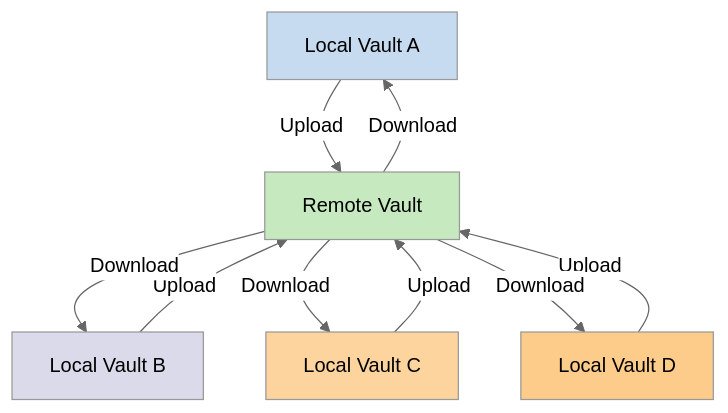
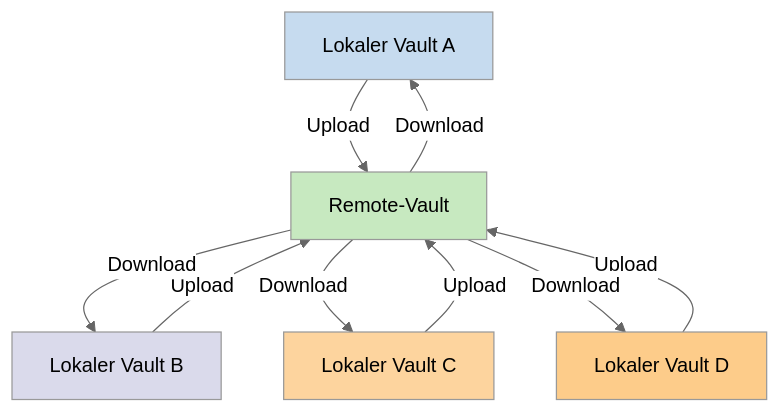
One commit to Mephi78/obsidian-help-de changed the second of 2 diagrams in de/Obsidian Sync/Lokale und Remote-Vaults.md. Above: the diagram before and after it, drawn with Mermaid (neutral theme). The commit also changed other lines of this file and 15 other files, not shown here.

````diff
--- a/de/Obsidian Sync/Lokale und Remote-Vaults.md
+++ b/de/Obsidian Sync/Lokale und Remote-Vaults.md
@@ -69,23 +69,23 @@
 ```mermaid
 graph TD
-   D[Local Vault A]
-   L[Local Vault B]
-   S[Remote Vault]
-   P[Local Vault C]
-   T[Local Vault D]
+   D[Lokaler Vault A]
+   L[Lokaler Vault B]
+   S[Remote-Vault]
+   P[Lokaler Vault C]
+   T[Lokaler Vault D]
    
    D -->|Upload| S
    S -->|Download| D
    L -->|Upload| S
    S -->|Download| L
    P -->|Upload| S
    S -->|Download| P
    T -->|Upload| S
    S -->|Download| T
    
    style D fill:#c6dbef
    style L fill:#dadaeb
    style S fill:#c7e9c0
    style P fill:#fdd49e
    style T fill:#fdcc8a
 ```
````
